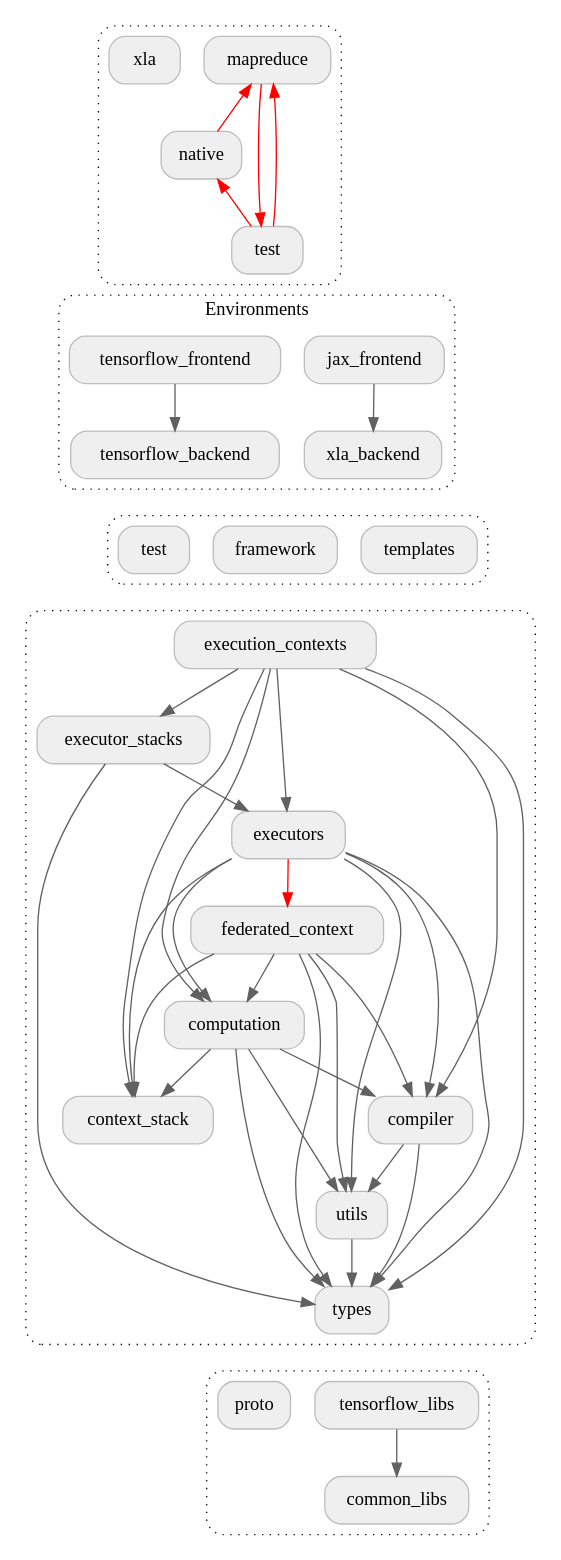
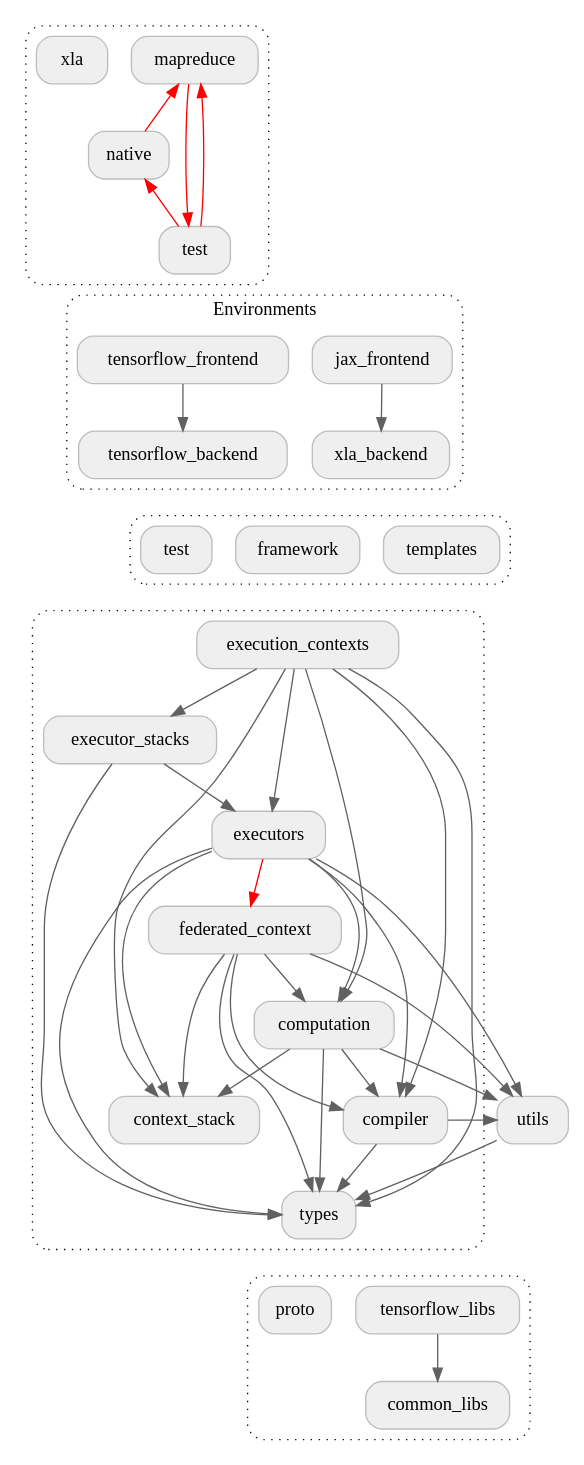
The diagram in docs/design/package_structure_core.dot (google-parfait/tensorflow-federated), drawn with Graphviz before and after one commit. The commit also changed 14 other files, not shown here.

Commit message:
Move the `tensorflow_utils` module into the `tensorflow` package.

```diff
--- a/docs/design/package_structure_core.dot
+++ b/docs/design/package_structure_core.dot
@@ -1,101 +1,100 @@
 digraph {
   graph [style="dotted,rounded"]
   node [shape="box", style="rounded,filled", fillcolor="#efefef", color="#bdbdbd"]
   edge [color="#616161"]
 
   subgraph cluster_backends {
     graph [href="https://github.com/google-parfait/tensorflow-federated/blob/main/tensorflow_federated/python/core/backends" target="_parent"]
     mapreduce [href="https://github.com/google-parfait/tensorflow-federated/blob/main/tensorflow_federated/python/core/backends/mapreduce" target="_parent"]
     native [href="https://github.com/google-parfait/tensorflow-federated/blob/main/tensorflow_federated/python/core/backends/native" target="_parent"]
     backends_test [label="test", href="https://github.com/google-parfait/tensorflow-federated/blob/main/tensorflow_federated/python/core/backends/test" target="_parent"]
     xla [href="https://github.com/google-parfait/tensorflow-federated/blob/main/tensorflow_federated/python/core/backends/xla" target="_parent"]
   }
 
   // TODO: b/233800075 - Remove dependency from `native` to `mapreduce`.
   mapreduce -> native [dir=back, color="#ff0000"]
   // TODO: b/233800373 - Remove dependency from `test` to `native`.
   native -> backends_test [dir=back, color="#ff0000"]
   // TODO: b/233801300 - Remove dependency from `mapreduce` to `test`.
   mapreduce -> backends_test [color="#ff0000"]
   // TODO: b/349685709 - Remove dependency from `test` to `mapreduce`.
   backends_test -> mapreduce [color="#ff0000"]
   backends_test -> jax_frontend [arrowhead="none", style="invisible"]
   backends_test -> tensorflow_frontend [arrowhead="none", style="invisible"]
 
   subgraph cluster_environments {
     graph [label="Environments", href="https://github.com/google-parfait/tensorflow-federated/blob/main/tensorflow_federated/python/core/environments" target="_parent"]
     jax_frontend [href="https://github.com/google-parfait/tensorflow-federated/blob/main/tensorflow_federated/python/core/environments/jax_frontend" target="_parent"]
     xla_backend [href="https://github.com/google-parfait/tensorflow-federated/blob/main/tensorflow_federated/python/core/environments/xla_backend" target="_parent"]
     tensorflow_frontend [href="https://github.com/google-parfait/tensorflow-federated/blob/main/tensorflow_federated/python/core/environments/tensorflow_frontend" target="_parent"]
     tensorflow_backend [href="https://github.com/google-parfait/tensorflow-federated/blob/main/tensorflow_federated/python/core/environments/tensorflow_backend" target="_parent"]
   }
 
   jax_frontend -> xla_backend
   xla_backend -> framework [arrowhead="none", style="invisible"]
   xla_backend -> test [arrowhead="none", style="invisible"]
   xla_backend -> templates [arrowhead="none", style="invisible"]
   tensorflow_frontend -> tensorflow_backend
   tensorflow_backend -> framework [arrowhead="none", style="invisible"]
   tensorflow_backend -> test [arrowhead="none", style="invisible"]
   tensorflow_backend -> templates [arrowhead="none", style="invisible"]
 
   subgraph cluster_core_1 {
     framework [href="https://github.com/google-parfait/tensorflow-federated/blob/main/tensorflow_federated/python/core/framework" target="_parent"]
     test [href="https://github.com/google-parfait/tensorflow-federated/blob/main/tensorflow_federated/python/core/test" target="_parent"]
     templates [href="https://github.com/google-parfait/tensorflow-federated/blob/main/tensorflow_federated/python/core/templates" target="_parent"]
   }
 
   framework -> execution_contexts [arrowhead="none", style="invisible"]
   test -> execution_contexts [arrowhead="none", style="invisible"]
   templates -> execution_contexts [arrowhead="none", style="invisible"]
 
   subgraph cluster_core_2 {
     graph [href="https://github.com/google-parfait/tensorflow-federated/blob/main/tensorflow_federated/python/core/impl" target="_parent"]
     execution_contexts [href="https://github.com/google-parfait/tensorflow-federated/blob/main/tensorflow_federated/python/core/impl/execution_contexts" target="_parent"]
     executor_stacks [href="https://github.com/google-parfait/tensorflow-federated/blob/main/tensorflow_federated/python/core/impl/executor_stacks" target="_parent"]
     executors [href="https://github.com/google-parfait/tensorflow-federated/blob/main/tensorflow_federated/python/core/impl/executors" target="_parent"]
     federated_context [href="https://github.com/google-parfait/tensorflow-federated/blob/main/tensorflow_federated/python/core/impl/federated_context" target="_parent"]
     computation [href="https://github.com/google-parfait/tensorflow-federated/blob/main/tensorflow_federated/python/core/impl/computation" target="_parent"]
     compiler [href="https://github.com/google-parfait/tensorflow-federated/blob/main/tensorflow_federated/python/core/impl/compiler" target="_parent"]
-    utils [href="https://github.com/google-parfait/tensorflow-federated/blob/main/tensorflow_federated/python/core/impl/utils" target="_parent"]
     types [href="https://github.com/google-parfait/tensorflow-federated/blob/main/tensorflow_federated/python/core/impl/types" target="_parent"]
     context_stack [href="https://github.com/google-parfait/tensorflow-federated/blob/main/tensorflow_federated/python/core/impl/context_stack" target="_parent"]
   }
 
   execution_contexts -> executor_stacks
   execution_contexts -> executors
   execution_contexts -> computation
   execution_contexts -> compiler
   execution_contexts -> types
   execution_contexts -> context_stack
   executor_stacks -> executors
   executor_stacks -> types
   executors -> federated_context [color="#ff0000"]
   executors -> computation
   executors -> compiler
   executors -> utils
   executors -> types
   executors -> context_stack
   federated_context -> computation
   federated_context -> compiler
   federated_context -> utils
   federated_context -> types
   federated_context -> context_stack
   computation -> compiler
   computation -> utils
   computation -> types
   computation -> context_stack
   compiler -> utils
   compiler -> types
   utils -> types
   types -> tensorflow_libs [arrowhead="none", style="invisible"]
   types -> proto [arrowhead="none", style="invisible"]
 
   subgraph cluster_core_3 {
     tensorflow_libs [href="https://github.com/google-parfait/tensorflow-federated/blob/main/tensorflow_federated/python/tensorflow_libs" target="_parent"]
     common_libs [href="https://github.com/google-parfait/tensorflow-federated/blob/main/tensorflow_federated/python/common_libs" target="_parent"]
     proto [href="https://github.com/google-parfait/tensorflow-federated/blob/main/tensorflow_federated/proto" target="_parent"]
   }
 
   tensorflow_libs -> common_libs
 }
```
